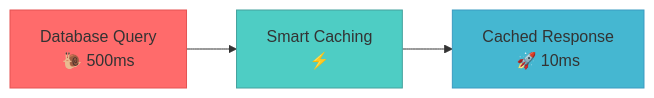
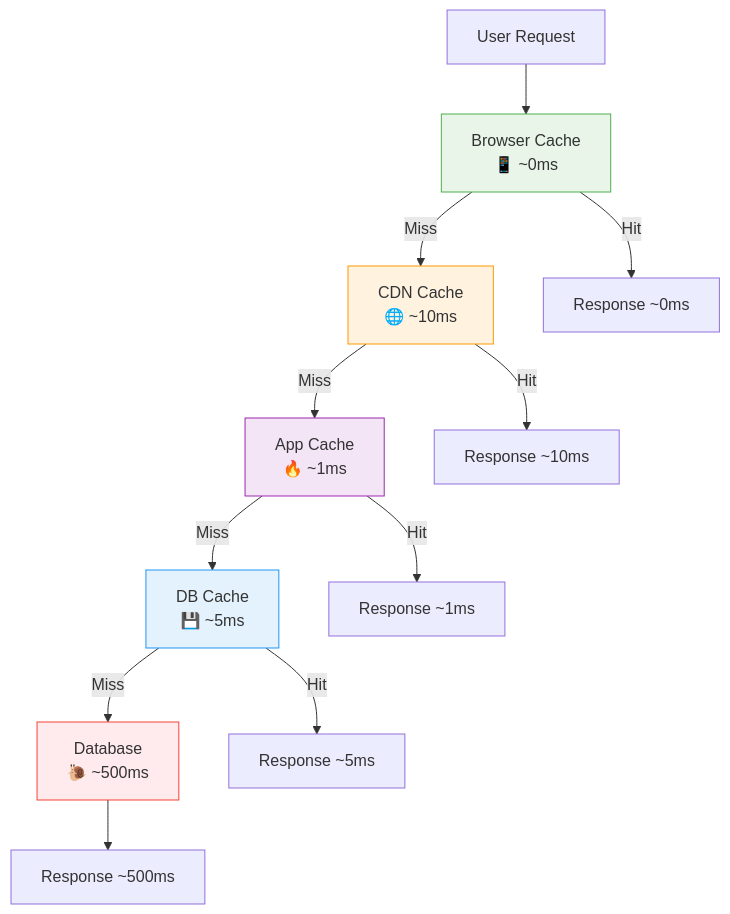
Before and after one commit to deepaucksharma/DStudio: the first of 16 diagrams in docs/pattern-library/scaling/caching-strategies.md, drawn with Mermaid. The commit also changed other lines of this file and 258 other files, not shown here.

````diff
--- a/docs/pattern-library/scaling/caching-strategies.md
+++ b/docs/pattern-library/scaling/caching-strategies.md
@@ -97,9 +98,20 @@
 ```mermaid
-graph LR
-    A[Database Query<br/>🐌 500ms] --> B[Smart Caching<br/>⚡]
-    B --> C[Cached Response<br/>🚀 10ms]
+graph TB
+    U[User Request] --> B[Browser Cache<br/>📱 ~0ms]
+    B -->|Miss| C[CDN Cache<br/>🌐 ~10ms]
+    C -->|Miss| A[App Cache<br/>🔥 ~1ms]
+    A -->|Miss| D[DB Cache<br/>💾 ~5ms]
+    D -->|Miss| DB[Database<br/>🐌 ~500ms]
     
-    style A fill:#ff6b6b,stroke:#e55353
-    style B fill:#4ecdc4,stroke:#45a29e  
-    style C fill:#45b7d1,stroke:#3a9bc1
+    B -->|Hit| R1[Response ~0ms]
+    C -->|Hit| R2[Response ~10ms]
+    A -->|Hit| R3[Response ~1ms]
+    D -->|Hit| R4[Response ~5ms]
+    DB --> R5[Response ~500ms]
+    
+    style B fill:#e8f5e8,stroke:#4caf50
+    style C fill:#fff3e0,stroke:#ff9800
+    style A fill:#f3e5f5,stroke:#9c27b0
+    style D fill:#e3f2fd,stroke:#2196f3
+    style DB fill:#ffebee,stroke:#f44336
 ```
````
